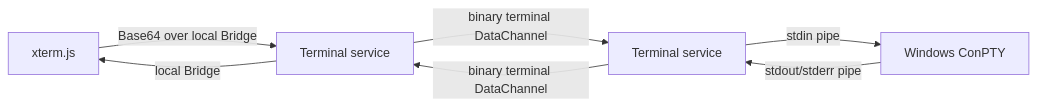
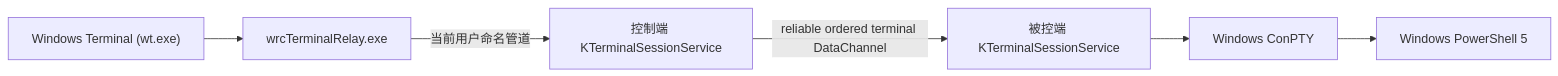
Before and after one commit to lyn-un/winRemoteControl: the diagram in docs/features/remote-terminal.md, drawn with Mermaid. The commit also changed other lines of this file and 31 other files, not shown here.

Commit message:
feat: use native Windows Terminal relay

````diff
--- a/docs/features/remote-terminal.md
+++ b/docs/features/remote-terminal.md
@@ -12,9 +7,8 @@
 ```mermaid
 flowchart LR
-    UI["xterm.js"] -->|"Base64 over local Bridge"| Controller["Terminal service"]
-    Controller -->|"binary terminal DataChannel"| Controlled["Terminal service"]
-    Controlled -->|"stdin pipe"| ConPTY["Windows ConPTY"]
-    ConPTY -->|"stdout/stderr pipe"| Controlled
-    Controlled -->|"binary terminal DataChannel"| Controller
-    Controller -->|"local Bridge"| UI
+    WT["Windows Terminal (wt.exe)"] --> Relay["wrcTerminalRelay.exe"]
+    Relay -->|"当前用户命名管道"| Controller["控制端 KTerminalSessionService"]
+    Controller -->|"reliable ordered terminal DataChannel"| Controlled["被控端 KTerminalSessionService"]
+    Controlled --> ConPTY["Windows ConPTY"]
+    ConPTY --> PS["Windows PowerShell 5"]
 ```
````
